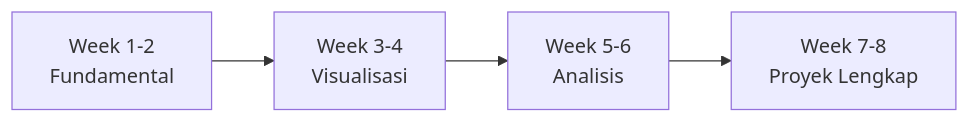
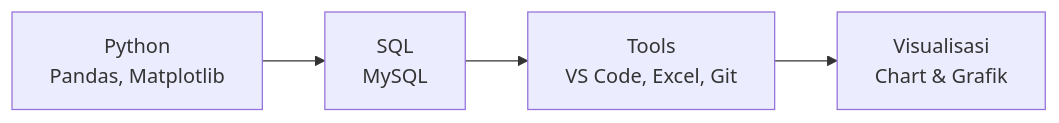
The diagram in README.md (Jojonakesy/Jojonakesy), drawn with Mermaid before and after one commit. The commit also changed other lines of this file, not shown here.

````diff
--- a/README.md
+++ b/README.md
@@ -51,6 +15,6 @@
 ```mermaid
 graph LR
-    A[Week 1-2<br>Fundamental] --> B[Week 3-4<br>Visualisasi]
-    B --> C[Week 5-6<br>Analisis]
-    C --> D[Week 7-8<br>Proyek Lengkap]
+    A[Python<br>Pandas, Matplotlib] --> B[SQL<br>MySQL]
+    B --> C[Tools<br>VS Code, Excel, Git]
+    C --> D[Visualisasi<br>Chart & Grafik]
 ```
````
